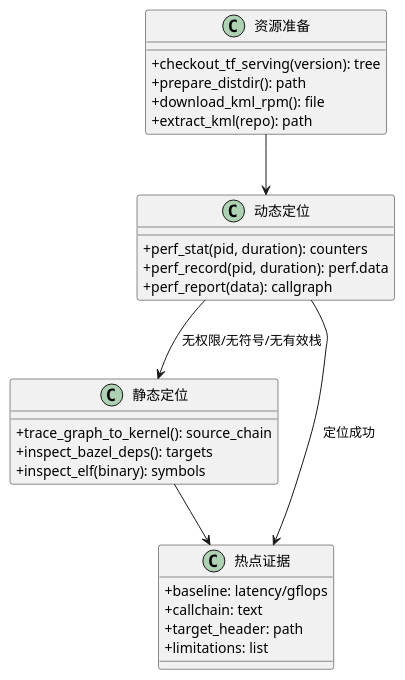
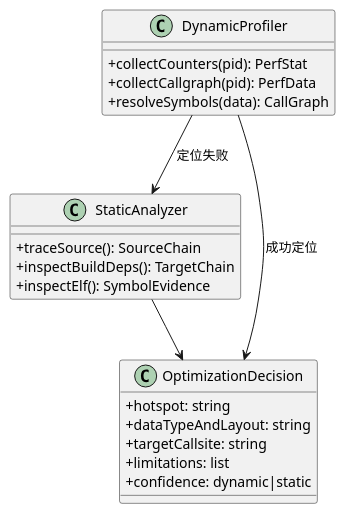
One commit to wlmnzf40/kblas-gemm-tuning changed the sixth of 10 diagrams in references/detailed-design.md. Above: the diagram before and after it, drawn with PlantUML. The commit also changed other lines of this file, not shown here.

Commit message:
docs: restructure KML tuning design workflow

````diff
--- a/references/detailed-design.md
+++ b/references/detailed-design.md
@@ -203,37 +284,26 @@
 ```plantuml
 @startuml
 skinparam defaultFontName "Microsoft YaHei"
 skinparam classAttributeIconSize 0
-
-class "资源准备" as Acquire {
-  + checkout_tf_serving(version): tree
-  + prepare_distdir(): path
-  + download_kml_rpm(): file
-  + extract_kml(repo): path
+class DynamicProfiler {
+  + collectCounters(pid): PerfStat
+  + collectCallgraph(pid): PerfData
+  + resolveSymbols(data): CallGraph
 }
-
-class "动态定位" as Dynamic {
-  + perf_stat(pid, duration): counters
-  + perf_record(pid, duration): perf.data
-  + perf_report(data): callgraph
+class StaticAnalyzer {
+  + traceSource(): SourceChain
+  + inspectBuildDeps(): TargetChain
+  + inspectElf(): SymbolEvidence
 }
-
-class "静态定位" as Static {
-  + trace_graph_to_kernel(): source_chain
-  + inspect_bazel_deps(): targets
-  + inspect_elf(binary): symbols
+class OptimizationDecision {
+  + hotspot: string
+  + dataTypeAndLayout: string
+  + targetCallsite: string
+  + limitations: list
+  + confidence: dynamic|static
 }
-
-class "热点证据" as Evidence {
-  + baseline: latency/gflops
-  + callchain: text
-  + target_header: path
-  + limitations: list
-}
-
-Acquire --> Dynamic
-Dynamic --> Evidence : 定位成功
-Dynamic --> Static : 无权限/无符号/无有效栈
-Static --> Evidence
+DynamicProfiler --> OptimizationDecision : 成功定位
+DynamicProfiler --> StaticAnalyzer : 定位失败
+StaticAnalyzer --> OptimizationDecision
 @enduml
 ```
````
